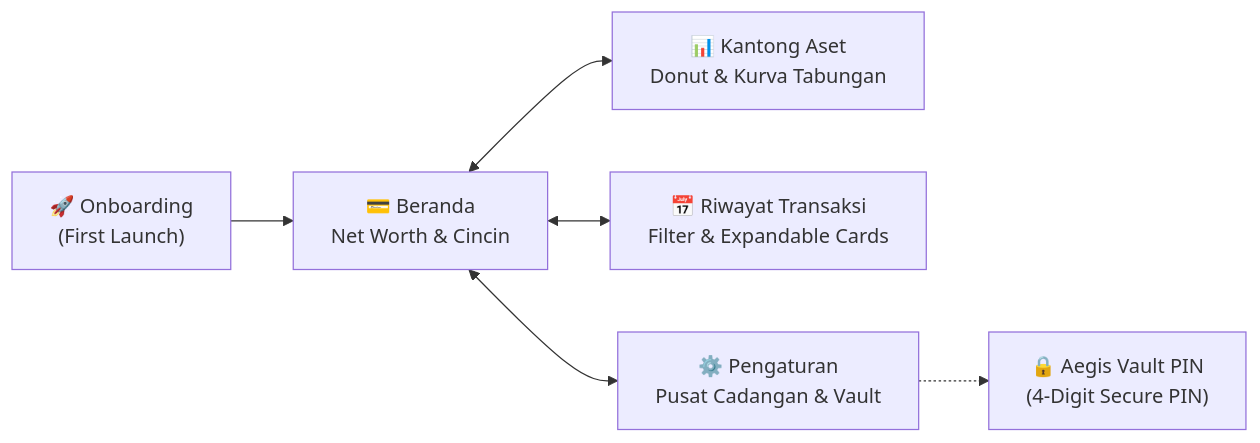
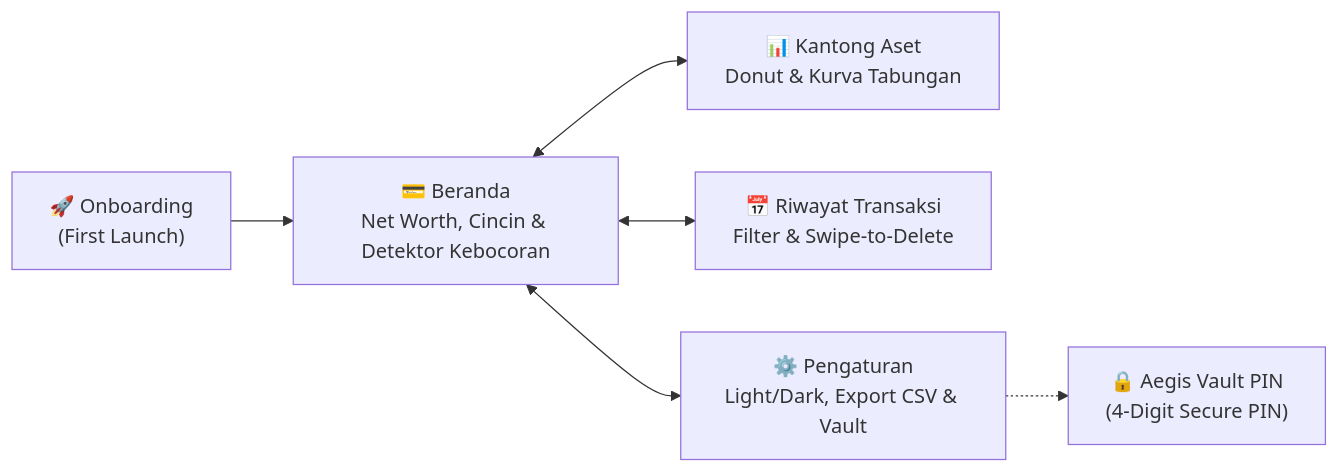
Before and after one commit to M-Aqilaz/Aegis-Finance-Track: the diagram in README.md, drawn with Mermaid. The commit also changed other lines of this file and 8 other files, not shown here.

Commit message:
docs: update README showcase gallery with leak detector, light mode, and CSV export screenshots

````diff
--- a/README.md
+++ b/README.md
@@ -78,8 +89,8 @@
 ```mermaid
 flowchart LR
-    A["🚀 Onboarding<br/>(First Launch)"] --> B["💳 Beranda<br/>Net Worth & Cincin"]
+    A["🚀 Onboarding<br/>(First Launch)"] --> B["💳 Beranda<br/>Net Worth, Cincin & Detektor Kebocoran"]
     B <--> C["📊 Kantong Aset<br/>Donut & Kurva Tabungan"]
-    B <--> D["📅 Riwayat Transaksi<br/>Filter & Expandable Cards"]
-    B <--> E["⚙️ Pengaturan<br/>Pusat Cadangan & Vault"]
+    B <--> D["📅 Riwayat Transaksi<br/>Filter & Swipe-to-Delete"]
+    B <--> E["⚙️ Pengaturan<br/>Light/Dark, Export CSV & Vault"]
     E -.-> F["🔒 Aegis Vault PIN<br/>(4-Digit Secure PIN)"]
 ```
````
